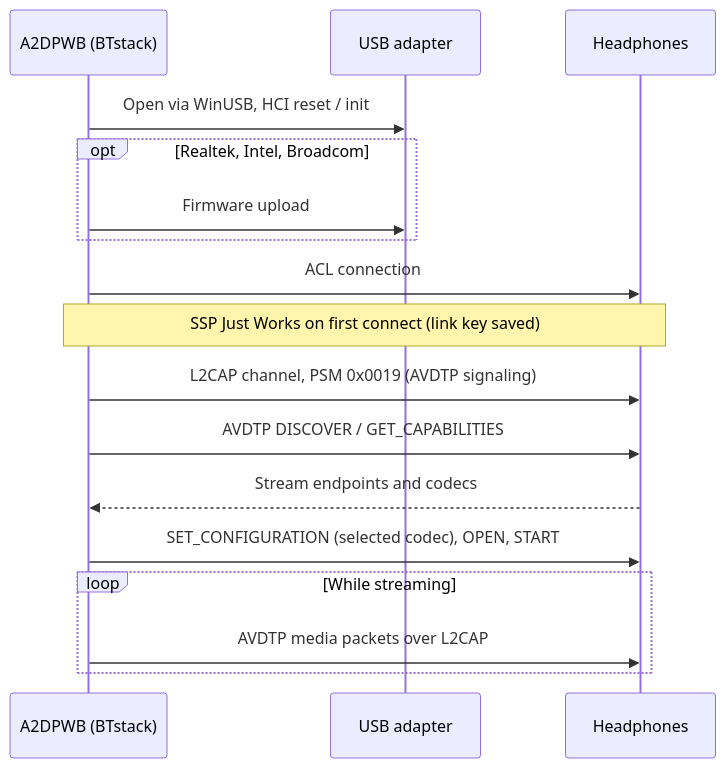
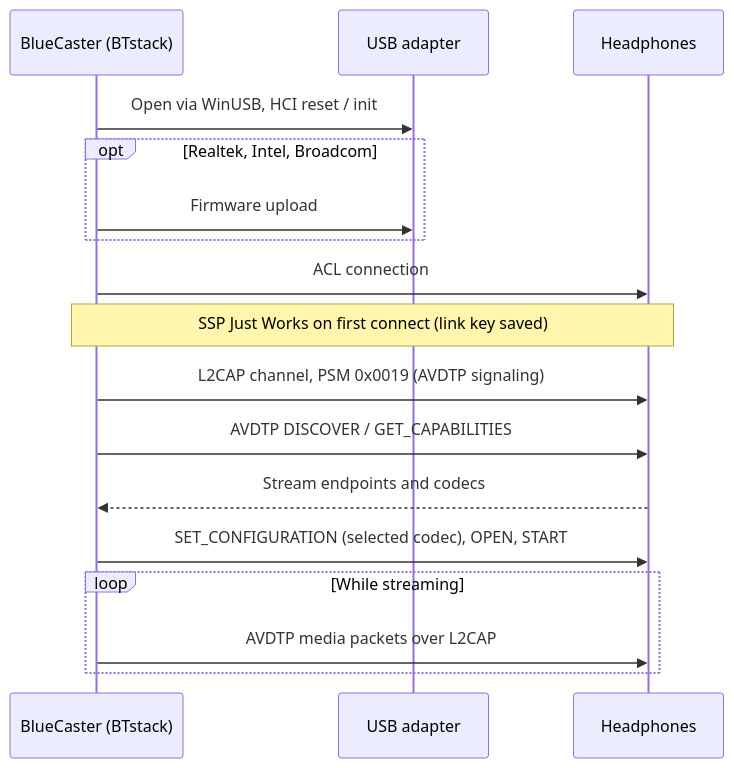
The second of 4 diagrams in docs/architecture.md (SeiyaFunaokaJP/A2DP-Windows-Bridge), drawn with Mermaid before and after one commit. The commit also changed other lines of this file and 241 other files, not shown here.

First line of the commit message:
Rename A2DP Windows Bridge to BlueCaster: the mechanical pass

````diff
--- a/docs/architecture.md
+++ b/docs/architecture.md
@@ -114,19 +114,19 @@
 ```mermaid
 sequenceDiagram
-    participant App as A2DPWB (BTstack)
+    participant App as BlueCaster (BTstack)
     participant Ad as USB adapter
     participant Sink as Headphones
     App->>Ad: Open via WinUSB, HCI reset / init
     opt Realtek, Intel, Broadcom
         App->>Ad: Firmware upload
     end
     App->>Sink: ACL connection
     Note over App,Sink: SSP Just Works on first connect (link key saved)
     App->>Sink: L2CAP channel, PSM 0x0019 (AVDTP signaling)
     App->>Sink: AVDTP DISCOVER / GET_CAPABILITIES
     Sink-->>App: Stream endpoints and codecs
     App->>Sink: SET_CONFIGURATION (selected codec), OPEN, START
     loop While streaming
         App->>Sink: AVDTP media packets over L2CAP
     end
 ```
````
